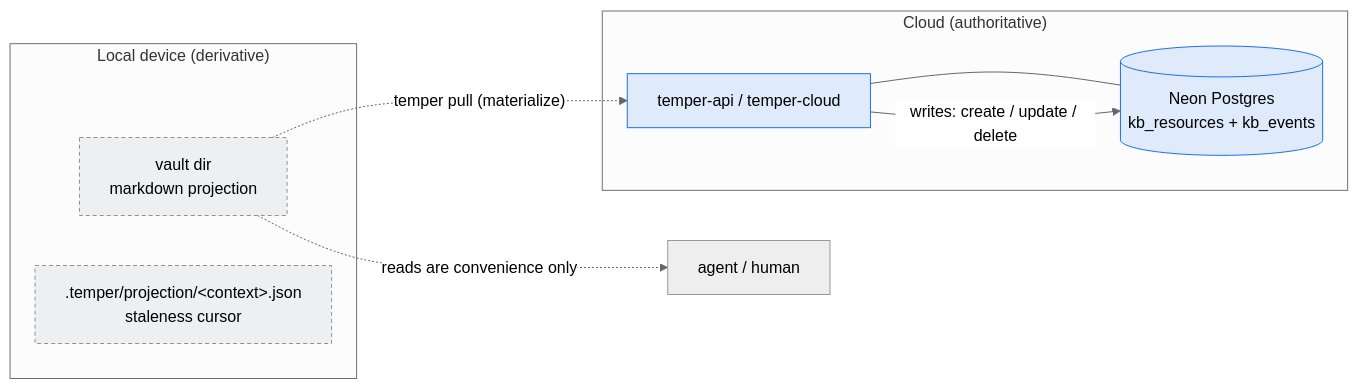
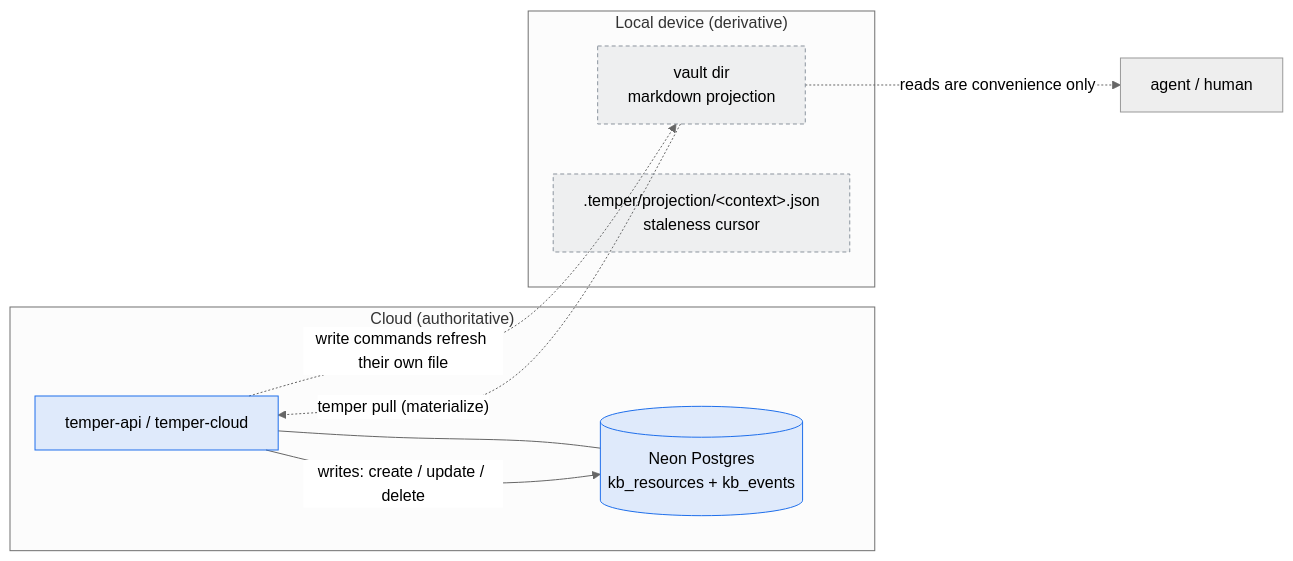
One commit to tasker-systems/temper changed the first of 4 diagrams in internal/vault-projection-cache-design.md. Above: the diagram before and after it, drawn with Mermaid (neutral theme). The commit also changed other lines of this file and 15 other files, not shown here.

````diff
--- a/internal/vault-projection-cache-design.md
+++ b/internal/vault-projection-cache-design.md
@@ -25,20 +32,21 @@
 ```mermaid
 flowchart LR
     subgraph cloud["Cloud (authoritative)"]
         DB[(Neon Postgres<br/>kb_resources + kb_events)]
         API[temper-api / temper-cloud]
     end
     subgraph local["Local device (derivative)"]
         VAULT[vault dir<br/>markdown projection]
         CURSOR[.temper/projection/&lt;context&gt;.json<br/>staleness cursor]
     end
     API --- DB
     VAULT -.->|"temper pull (materialize)"| API
     VAULT -.->|"reads are convenience only"| user[agent / human]
     API -->|"writes: create / update / delete"| DB
+    API -.->|"write commands refresh their own file"| VAULT
 
     classDef auth fill:#1f6feb22,stroke:#1f6feb;
     classDef deriv fill:#8b949e22,stroke:#8b949e,stroke-dasharray:4 3;
     class DB,API auth;
     class VAULT,CURSOR deriv;
 ```
````
